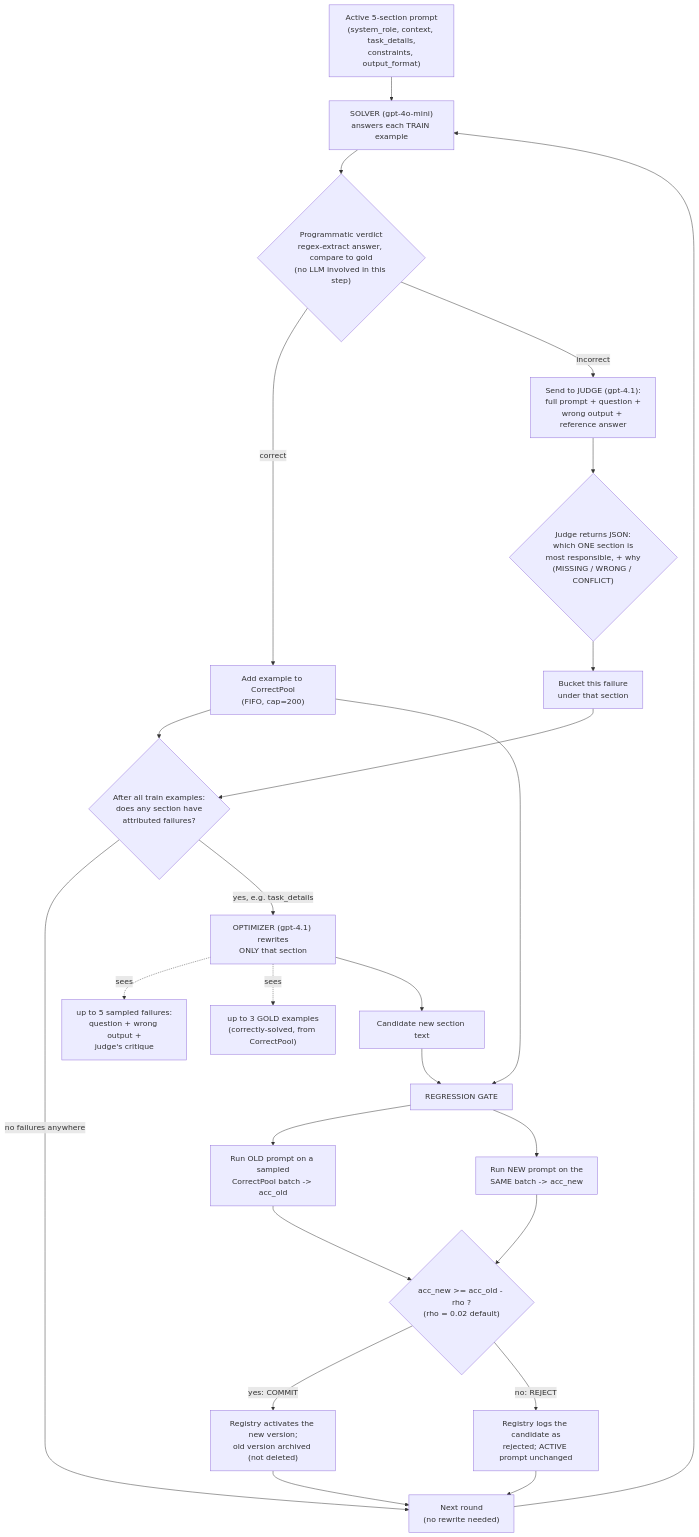
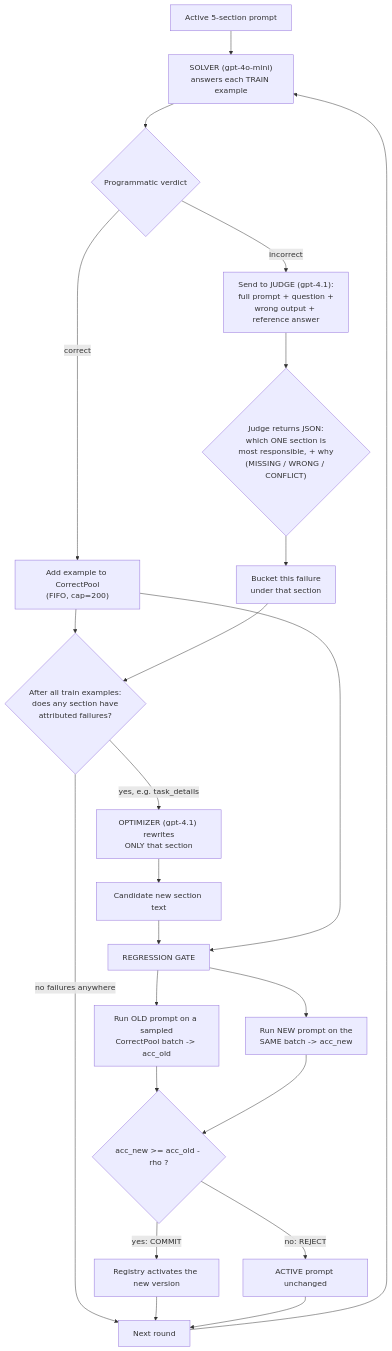
Before and after one commit to Chinmoy17/promptomizer_2: the third of 4 diagrams in Docs/fdpo_mechanism.md, drawn with Mermaid. The commit also changed other lines of this file, not shown here.

````diff
--- a/Docs/fdpo_mechanism.md
+++ b/Docs/fdpo_mechanism.md
@@ -234,27 +400,25 @@
 ```mermaid
 flowchart TD
-    A["Active 5-section prompt\n(system_role, context, task_details,\nconstraints, output_format)"] --> B["SOLVER (gpt-4o-mini)\nanswers each TRAIN example"]
-    B --> C{"Programmatic verdict\nregex-extract answer, compare to gold\n(no LLM involved in this step)"}
-    C -->|correct| D["Add example to CorrectPool\n(FIFO, cap=200)"]
-    C -->|incorrect| E["Send to JUDGE (gpt-4.1):\nfull prompt + question +\nwrong output + reference answer"]
-    E --> F{"Judge returns JSON:\nwhich ONE section is\nmost responsible, + why\n(MISSING / WRONG / CONFLICT)"}
-    F --> G["Bucket this failure\nunder that section"]
+    A["Active 5-section prompt"] --> B["SOLVER (gpt-4o-mini)<br/>answers each TRAIN example"]
+    B --> C{"Programmatic verdict"}
+    C -->|correct| D["Add example to CorrectPool<br/>(FIFO, cap=200)"]
+    C -->|incorrect| E["Send to JUDGE (gpt-4.1):<br/>full prompt + question +<br/>wrong output + reference answer"]
+    E --> F{"Judge returns JSON:<br/>which ONE section is<br/>most responsible, + why<br/>(MISSING / WRONG / CONFLICT)"}
+    F --> G["Bucket this failure<br/>under that section"]
     D --> H
-    G --> H{"After all train examples:\ndoes any section have\nattributed failures?"}
-    H -->|no failures anywhere| Z["Next round\n(no rewrite needed)"]
-    H -->|yes, e.g. task_details| I["OPTIMIZER (gpt-4.1) rewrites\nONLY that section"]
-    I -.->|sees| I1["up to 5 sampled failures:\nquestion + wrong output +\njudge's critique"]
-    I -.->|sees| I2["up to 3 GOLD examples\n(correctly-solved, from CorrectPool)"]
+    G --> H{"After all train examples:<br/>does any section have<br/>attributed failures?"}
+    H -->|no failures anywhere| Z["Next round"]
+    H -->|yes, e.g. task_details| I["OPTIMIZER (gpt-4.1) rewrites<br/>ONLY that section"]
     I --> J["Candidate new section text"]
     J --> K["REGRESSION GATE"]
     D --> K
-    K --> K1["Run OLD prompt on a sampled\nCorrectPool batch -> acc_old"]
-    K --> K2["Run NEW prompt on the\nSAME batch -> acc_new"]
-    K1 --> L{"acc_new >= acc_old - rho ?\n(rho = 0.02 default)"}
+    K --> K1["Run OLD prompt on a sampled<br/>CorrectPool batch -> acc_old"]
+    K --> K2["Run NEW prompt on the<br/>SAME batch -> acc_new"]
+    K1 --> L{"acc_new &gt;= acc_old - rho ?"}
     K2 --> L
-    L -->|yes: COMMIT| M["Registry activates the new version;\nold version archived (not deleted)"]
-    L -->|no: REJECT| N["Registry logs the candidate as\nrejected; ACTIVE prompt unchanged"]
+    L -->|yes: COMMIT| M["Registry activates the new version"]
+    L -->|no: REJECT| N["ACTIVE prompt unchanged"]
     M --> Z
     N --> Z
     Z --> B
 ```
````
